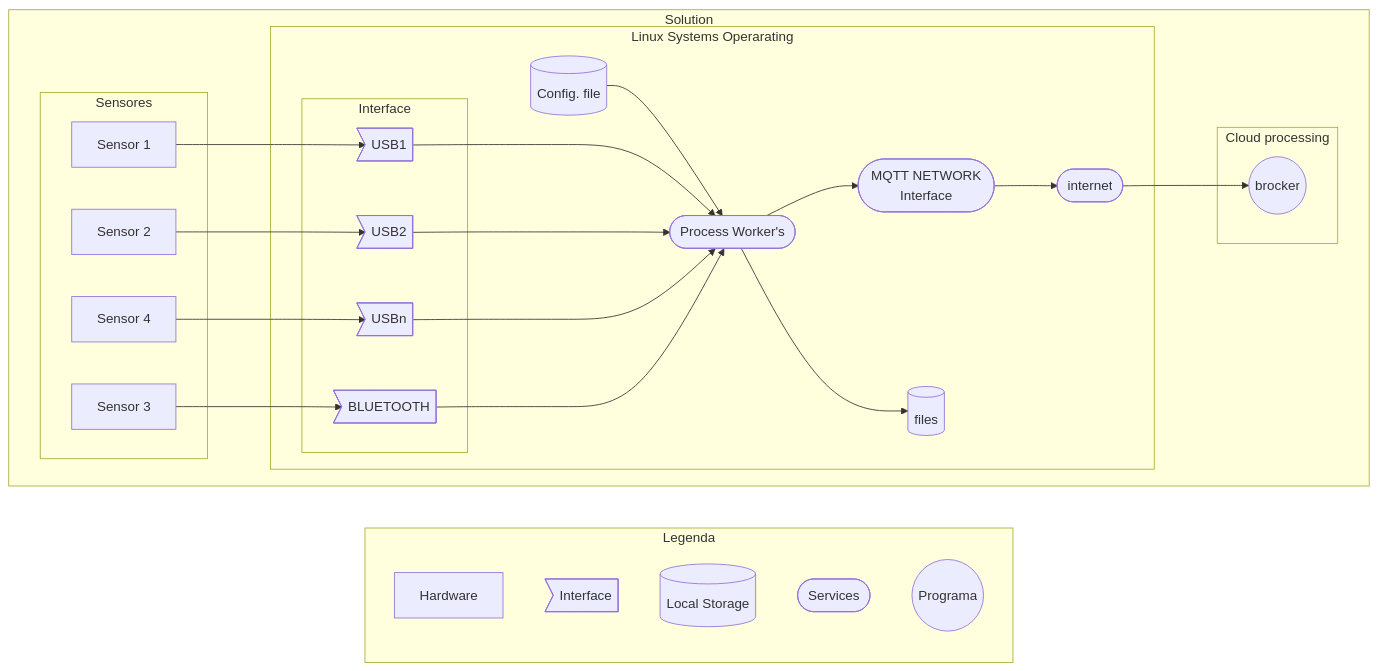
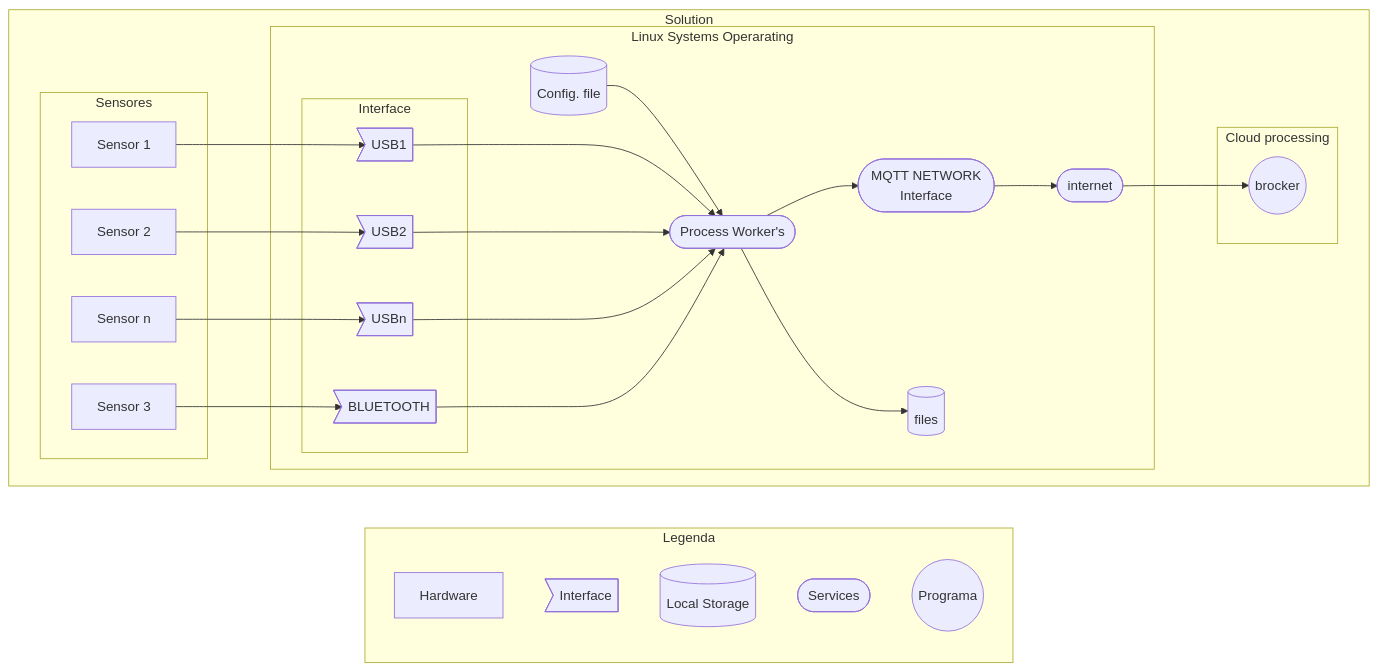
Before and after one commit to felipengeletrica/EdgeGateway: the diagram in diagram/diagram.mmd, drawn with Mermaid.

Commit message:
Add config file

```diff
--- a/diagram/diagram.mmd
+++ b/diagram/diagram.mmd
@@ -1,43 +1,43 @@
 graph LR
     subgraph Legenda
         hardware[Hardware]
         interface>Interface]
         file[(Local Storage)]
         services([Services])
         program((Programa))
     end
 
     subgraph Solution
         direction LR
 
         subgraph Linux Systems Operarating
             datalogger([Process Worker's])-->server
             datalogger([Process Worker's])--> files[(files)]
             ConfigFile[(Config. file)] --> datalogger([Process Worker's])
             server([MQTT NETWORK \n Interface])-->internet
             internet([internet])
 
             subgraph Interface
                 USB1
                 USB2
                 USBn
                 BLUETOOTH
             end
             USB1>USB1] ---> datalogger
             USB2>USB2] ---> datalogger
             USBn>USBn] ---> datalogger
             BLUETOOTH>BLUETOOTH] --> datalogger
         end
 
         subgraph Sensores
             s1[Sensor 1] --> USB1
             s2[Sensor 2] --> USB2
             s3[Sensor 3] --> BLUETOOTH
-            s4[Sensor 4] --> USBn
+            s4[Sensor n] --> USBn
         end
 
         internet --> brocker
         subgraph Cloud processing 
             brocker((brocker))
         end
     end
```
